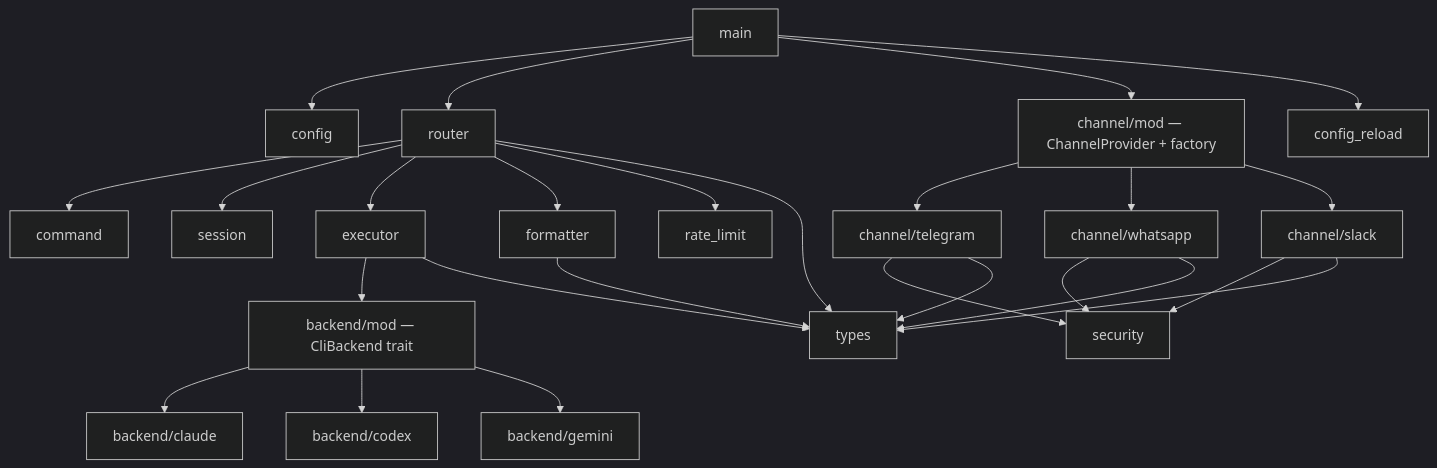
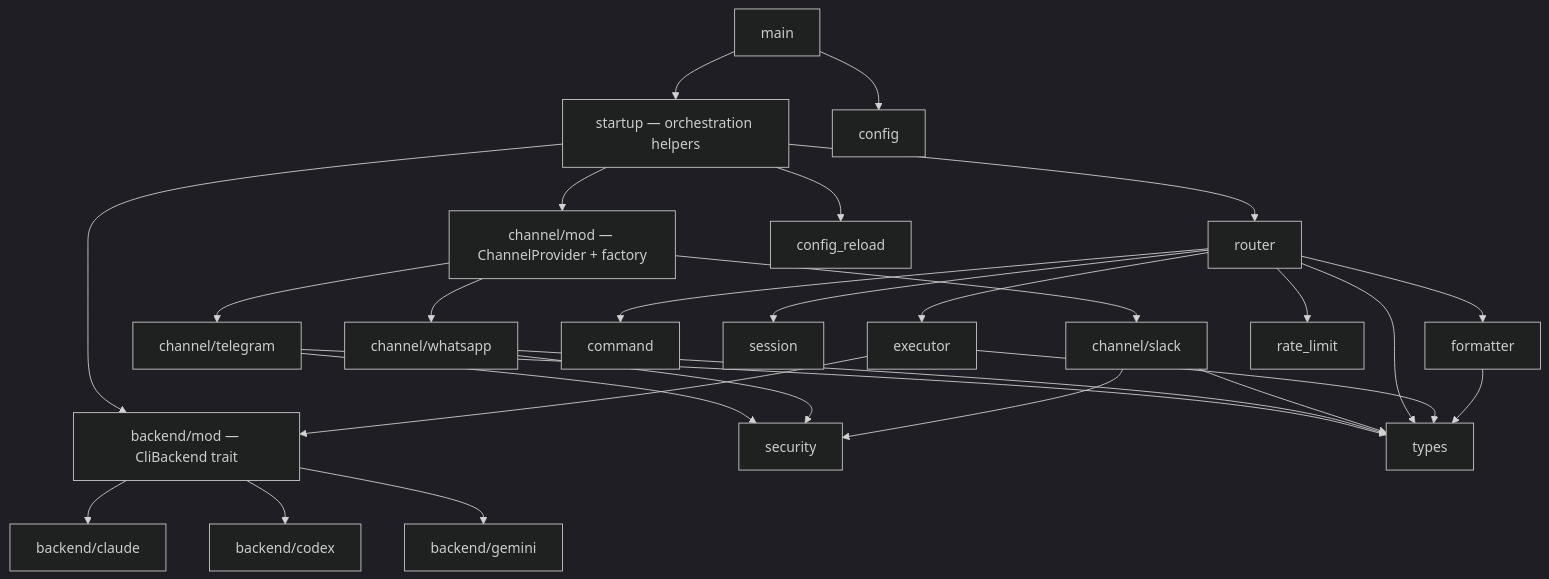
One commit to Escoto/RustifyMyClaw changed the diagram in docs/architecture.md. Above: the diagram before and after it, drawn with Mermaid (dark theme). The commit also changed other lines of this file and 5 other files, not shown here.

````diff
--- a/docs/architecture.md
+++ b/docs/architecture.md
@@ -55,33 +55,36 @@
 ```mermaid
 graph TD
+    main --> startup[startup — orchestration helpers]
     main --> config
-    main --> router
-    main --> channel_mod[channel/mod — ChannelProvider + factory]
-    main --> config_reload
+
+    startup --> router
+    startup --> channel_mod[channel/mod — ChannelProvider + factory]
+    startup --> config_reload
+    startup --> backend_mod
 
     channel_mod --> channel_telegram[channel/telegram]
     channel_mod --> channel_whatsapp[channel/whatsapp]
     channel_mod --> channel_slack[channel/slack]
 
     router --> command
     router --> session
     router --> executor
     router --> formatter
     router --> rate_limit
 
     executor --> backend_mod[backend/mod — CliBackend trait]
     backend_mod --> backend_claude[backend/claude]
     backend_mod --> backend_codex[backend/codex]
     backend_mod --> backend_gemini[backend/gemini]
 
     channel_telegram --> security
     channel_whatsapp --> security
     channel_slack --> security
 
     channel_telegram --> types
     channel_whatsapp --> types
     channel_slack --> types
     router --> types
     executor --> types
     formatter --> types
 ```
````
